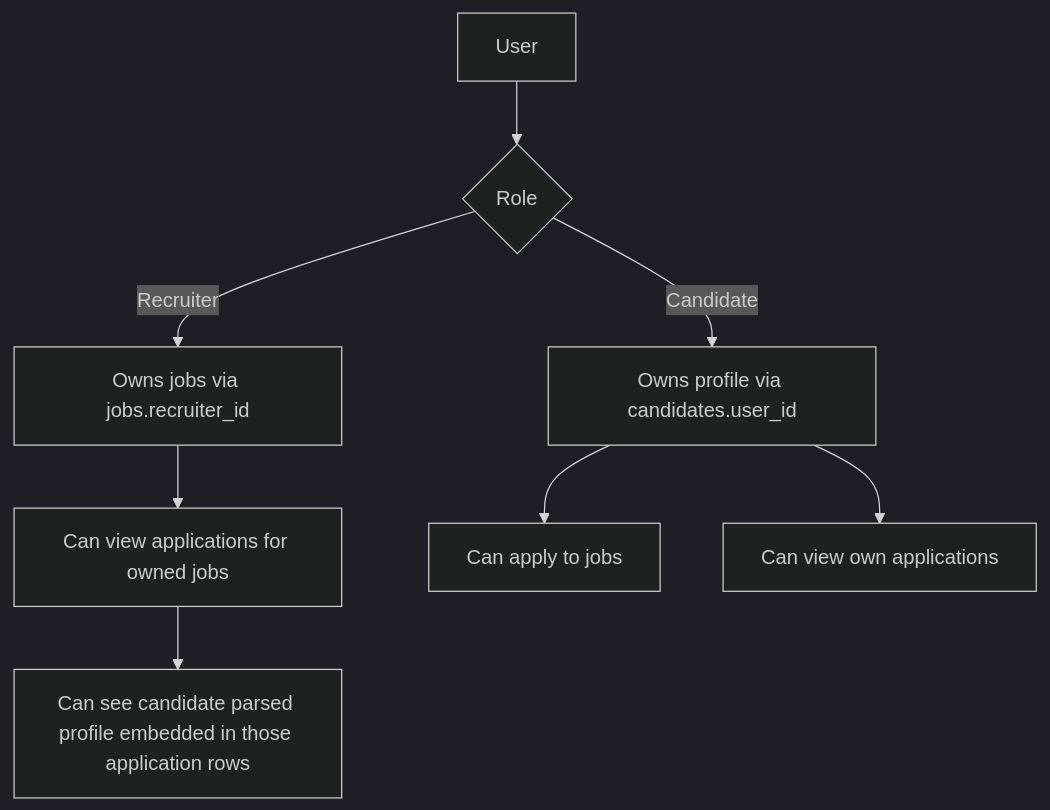
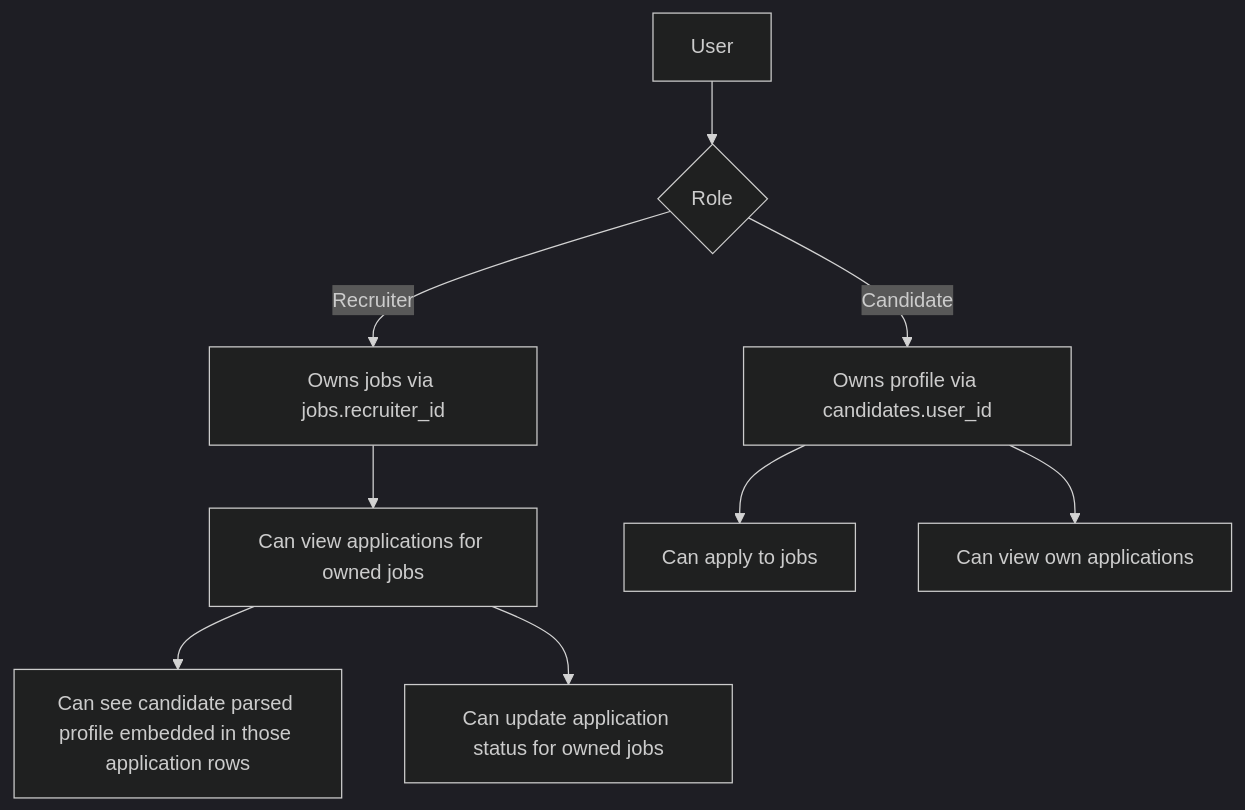
Before and after one commit to Lowdata/CertiFit: the third of 12 diagrams in backend/backend.md, drawn with Mermaid (dark theme). The commit also changed other lines of this file and 4 other files, not shown here.

````diff
--- a/backend/backend.md
+++ b/backend/backend.md
@@ -269,10 +270,11 @@
 ```mermaid
 flowchart TD
     U["User"] --> R{"Role"}
     R -- "Recruiter" --> J["Owns jobs via jobs.recruiter_id"]
     R -- "Candidate" --> C["Owns profile via candidates.user_id"]
     J --> A["Can view applications for owned jobs"]
     A --> P["Can see candidate parsed profile embedded in those application rows"]
+    A --> S["Can update application status for owned jobs"]
     C --> CA["Can apply to jobs"]
     C --> MY["Can view own applications"]
 ```
````
